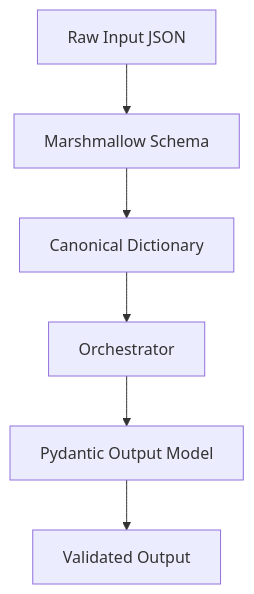
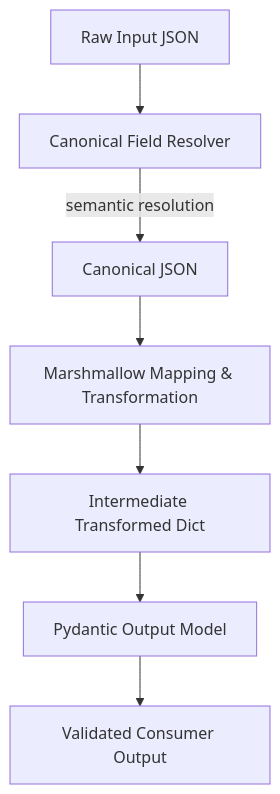
The diagram in readme-marshmallow.md (Abhinav-Varma/validator_blackbox), drawn with Mermaid before and after one commit. The commit also changed other lines of this file, not shown here.

First line of the commit message:
Revise readme for Canonical Field Resolver and architecture

````diff
--- a/readme-marshmallow.md
+++ b/readme-marshmallow.md
@@ -49,9 +37,9 @@
 ```mermaid
 flowchart TD
-    A[Raw Input JSON] --> B[Marshmallow Schema]
-    B --> C[Canonical Dictionary]
-    C --> D[Orchestrator]
-    D --> E[Pydantic Output Model]
-    E --> F[Validated Output]
-
+    A[Raw Input JSON] --> B[Canonical Field Resolver]
+    B -->|semantic resolution| C[Canonical JSON]
+    C --> D[Marshmallow Mapping & Transformation]
+    D --> E[Intermediate Transformed Dict]
+    E --> F[Pydantic Output Model]
+    F --> G[Validated Consumer Output]
 ```
````
